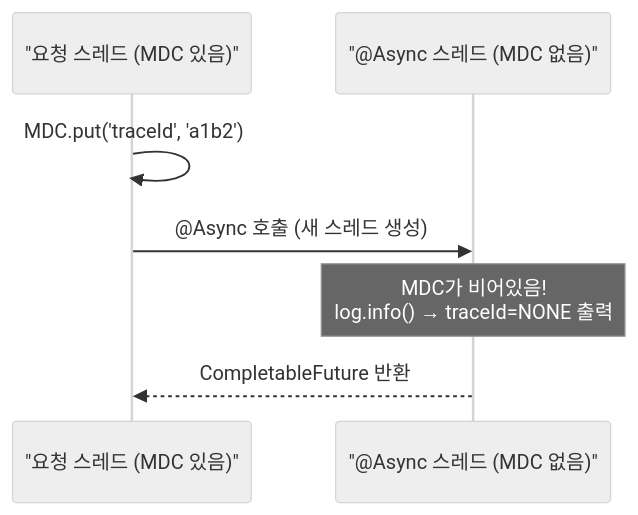
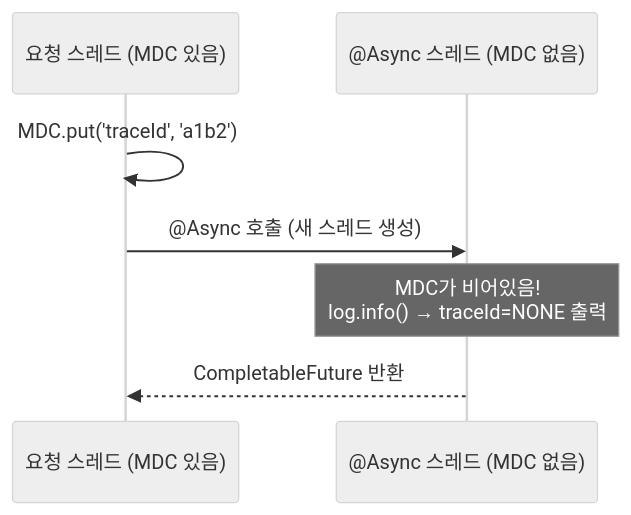
One commit to yjkim2015/yjkim2015.github.io changed the second of 3 diagrams in _posts/spring/2026-05-01-spring-mdc.md. Above: the diagram before and after it, drawn with Mermaid (neutral theme). The commit also changed 60 other files, not shown here.

First line of the commit message:
sequenceDiagram 문법 에러 수정 92개

````diff
--- a/_posts/spring/2026-05-01-spring-mdc.md
+++ b/_posts/spring/2026-05-01-spring-mdc.md
@@ -225,9 +225,9 @@
 ```mermaid
 sequenceDiagram
-    participant T1 as "요청 스레드 (MDC 있음)"
-    participant T2 as "@Async 스레드 (MDC 없음)"
+    participant T1 as 요청 스레드 (MDC 있음)
+    participant T2 as @Async 스레드 (MDC 없음)
     T1->>T1: MDC.put('traceId', 'a1b2')
     T1->>T2: @Async 호출 (새 스레드 생성)
     Note over T2: MDC가 비어있음!<br>log.info() → traceId=NONE 출력
     T2-->>T1: CompletableFuture 반환
 ```
````
